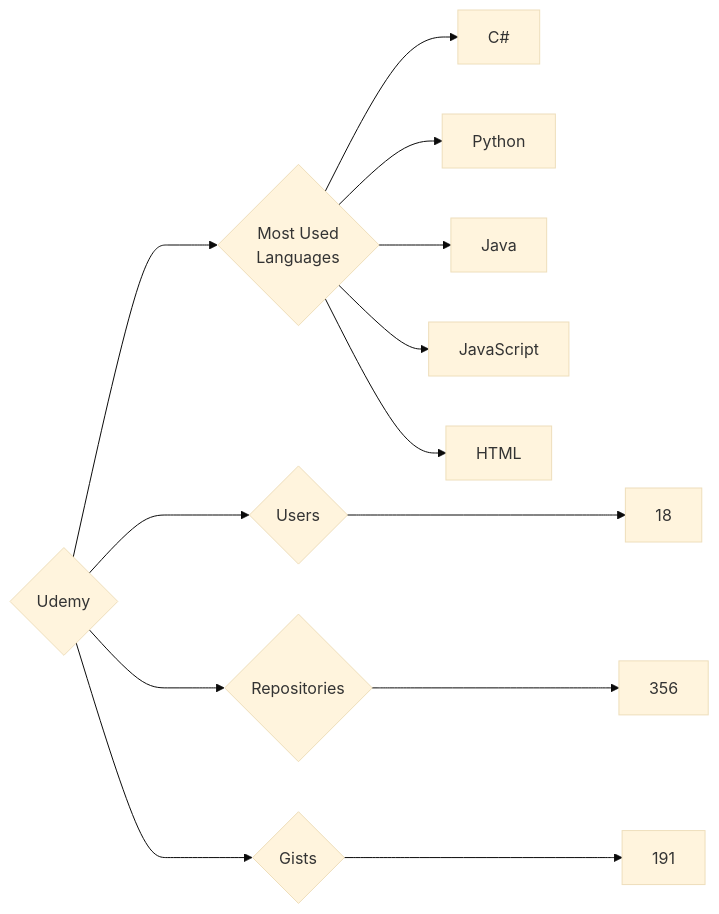
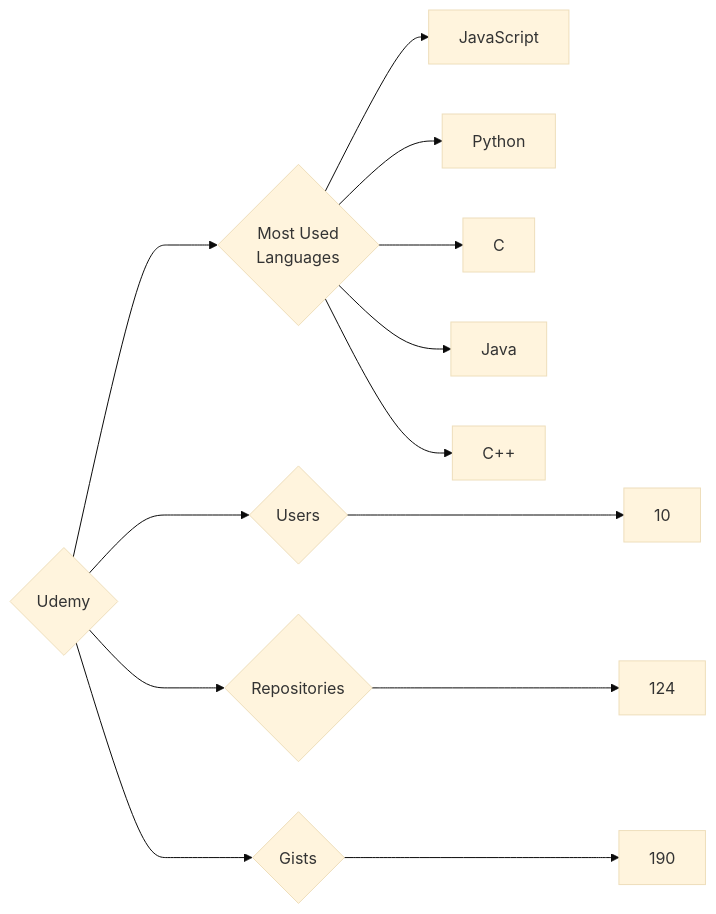
One commit to trickest/insiders changed the diagram in targets/Udemy/README.md. Above: the diagram before and after it, drawn with Mermaid (base theme). The commit also changed 895 other files, not shown here.

````diff
--- a/targets/Udemy/README.md
+++ b/targets/Udemy/README.md
@@ -3,13 +3,13 @@
 ```mermaid
 graph LR
 COMPANY_NAME{Udemy}
-COMPANY_NAME ---> U{Users} ---> UN[18]
-COMPANY_NAME ---> R{Repositories} ---> RN[356]
-COMPANY_NAME ---> G{Gists} ---> GN[191]
+COMPANY_NAME ---> U{Users} ---> UN[10]
+COMPANY_NAME ---> R{Repositories} ---> RN[124]
+COMPANY_NAME ---> G{Gists} ---> GN[190]
 COMPANY_NAME ---> ML{Most Used<br>Languages}
-ML --> C#[C#]
+ML --> JavaScript[JavaScript]
 ML --> Python[Python]
+ML --> C[C]
 ML --> Java[Java]
-ML --> JavaScript[JavaScript]
-ML --> HTML[HTML]
+ML --> C++[C++]
 ```
````
